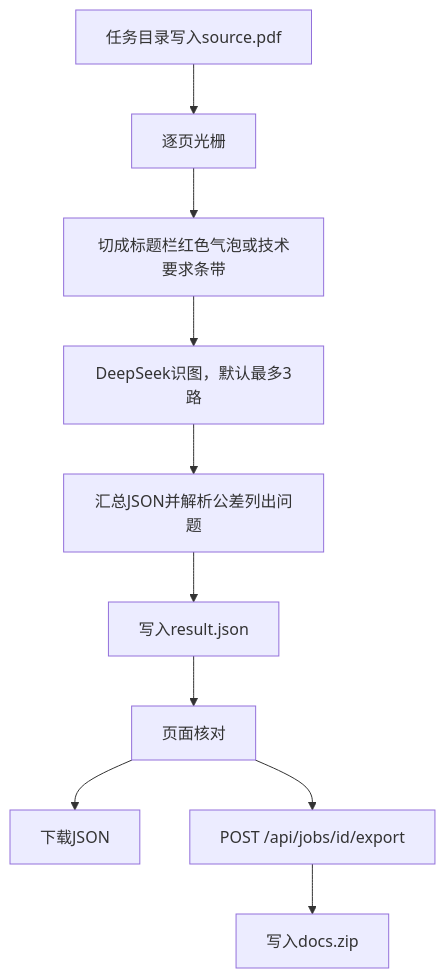
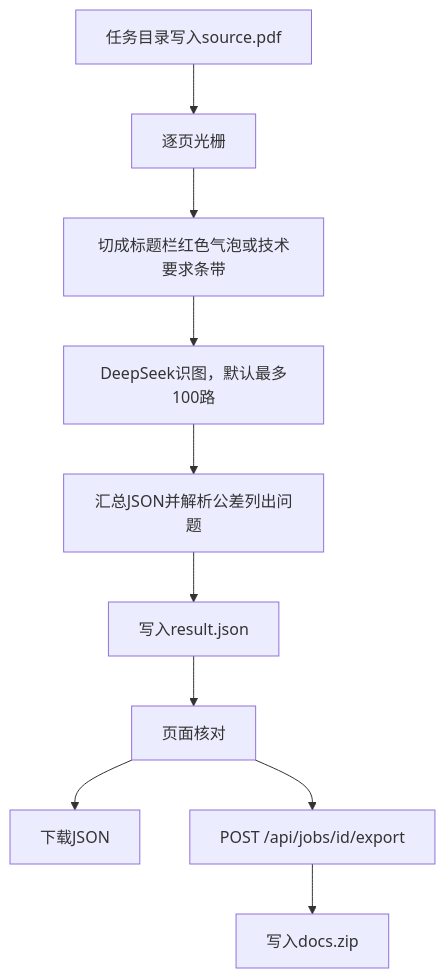
One commit to RJ2045-PRC/SCE-af changed the second of 3 diagrams in docs/05-flow.md. Above: the diagram before and after it, drawn with Mermaid. The commit also changed other lines of this file and 64 other files, not shown here.

````diff
--- a/docs/05-flow.md
+++ b/docs/05-flow.md
@@ -24,12 +25,12 @@
 ```mermaid
 flowchart TD
   savePdf[任务目录写入source.pdf] --> raster[逐页光栅]
   raster --> slice[切成标题栏红色气泡或技术要求条带]
-  slice --> vision["DeepSeek识图，默认最多3路"]
+  slice --> vision["DeepSeek识图，默认最多100路"]
   vision --> merge[汇总JSON并解析公差列出问题]
   merge --> resultFile[写入result.json]
   resultFile --> page[页面核对]
   page --> jsonDl[下载JSON]
   page --> exportPost["POST /api/jobs/id/export"]
   exportPost --> zipOut[写入docs.zip]
 ```
````
